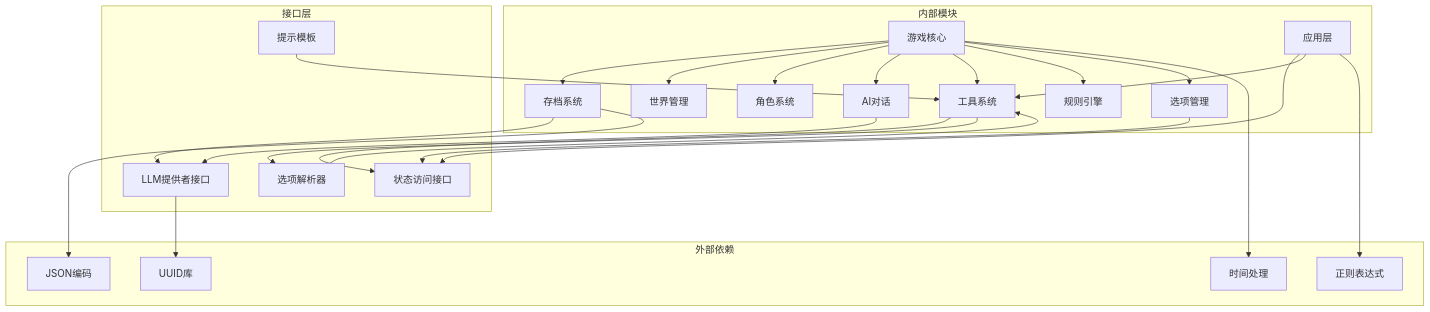
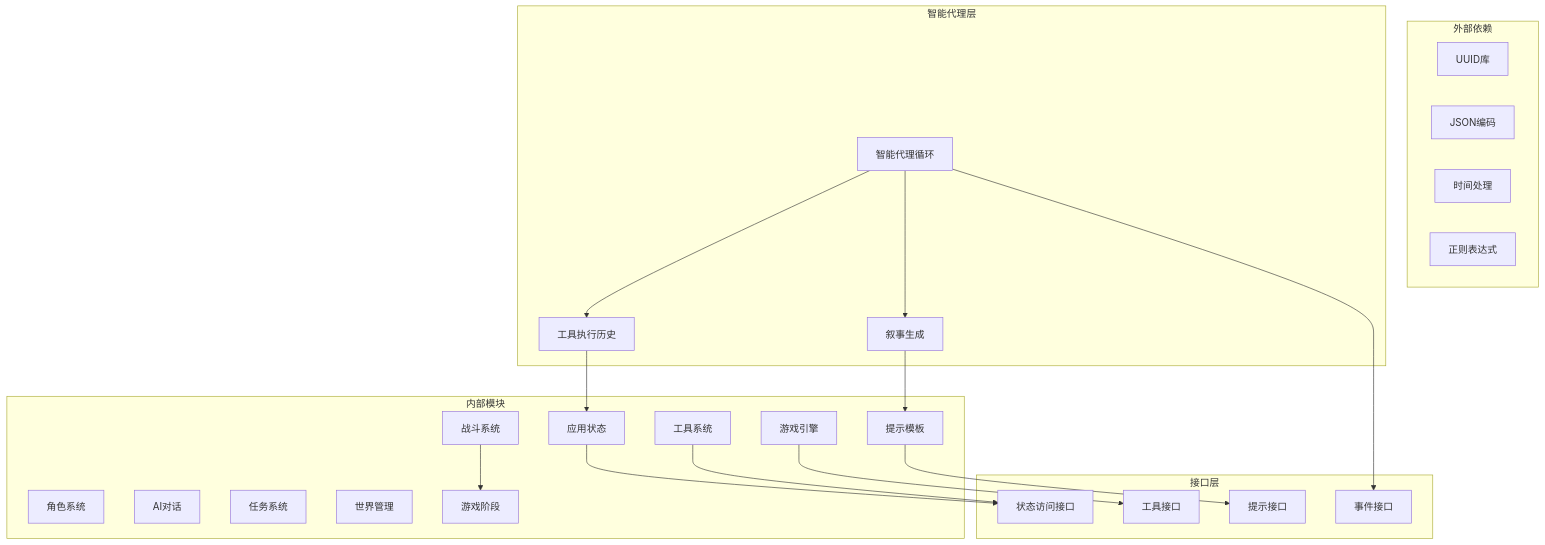
One commit to zwh8800/cdnd changed the tenth of 10 diagrams in .qoder/repowiki/zh/content/游戏引擎架构/状态管理系统.md. Above: the diagram before and after it, drawn with Mermaid. The commit also changed other lines of this file and 11 other files, not shown here.

````diff
--- a/.qoder/repowiki/zh/content/游戏引擎架构/状态管理系统.md
+++ b/.qoder/repowiki/zh/content/游戏引擎架构/状态管理系统.md
@@ -459,46 +471,42 @@
 ```mermaid
 graph TB
 subgraph "外部依赖"
 UUID[UUID库]
 JSON[JSON编码]
 Time[时间处理]
 regexp[正则表达式]
 end
 subgraph "内部模块"
-Game[游戏核心]
-App[应用层]
-Save[存档系统]
-World[世界管理]
+AppState[应用状态]
+Engine[游戏引擎]
+Tools[工具系统]
+Prompt[提示模板]
+Combat[战斗系统]
 Character[角色系统]
 LLM[AI对话]
-Tools[工具系统]
-Rules[规则引擎]
-Options[选项管理]
+Quest[任务系统]
+World[世界管理]
+GamePhase[游戏阶段]
 end
 subgraph "接口层"
-Provider[LLM提供者接口]
 StateAccessor[状态访问接口]
-Prompt[提示模板]
-OptionsParser[选项解析器]
+ToolInterface[工具接口]
+PromptInterface[提示接口]
+EventsInterface[事件接口]
 end
-Game --> Save
-Game --> World
-Game --> Character
-Game --> LLM
-Game --> Tools
-Game --> Rules
-Game --> Options
-App --> StateAccessor
-App --> Tools
-Save --> Provider
+subgraph "智能代理层"
+AgentLoop[智能代理循环]
+ToolExecution[工具执行历史]
+NarrativeGen[叙事生成]
+end
+AppState --> StateAccessor
+Engine --> ToolInterface
 Tools --> StateAccessor
-Tools --> OptionsParser
-LLM --> Provider
-Options --> StateAccessor
-OptionsParser --> Tools
-Prompt --> Tools
-Provider --> UUID
-Save --> JSON
-Game --> Time
-App --> regexp
+Prompt --> PromptInterface
+Combat --> GamePhase
+AgentLoop --> ToolExecution
+AgentLoop --> NarrativeGen
+AgentLoop --> EventsInterface
+ToolExecution --> AppState
+NarrativeGen --> Prompt
 ```
````
